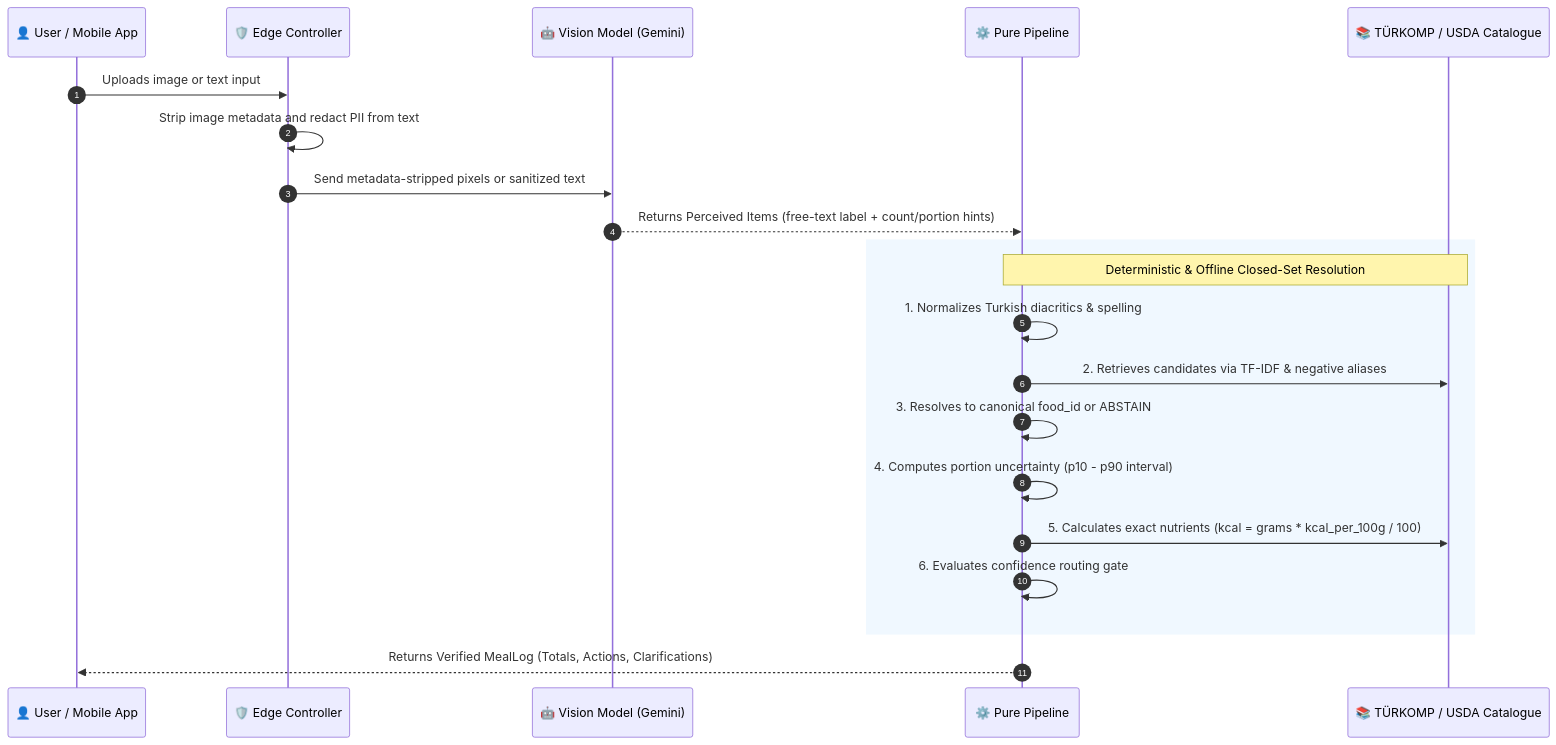
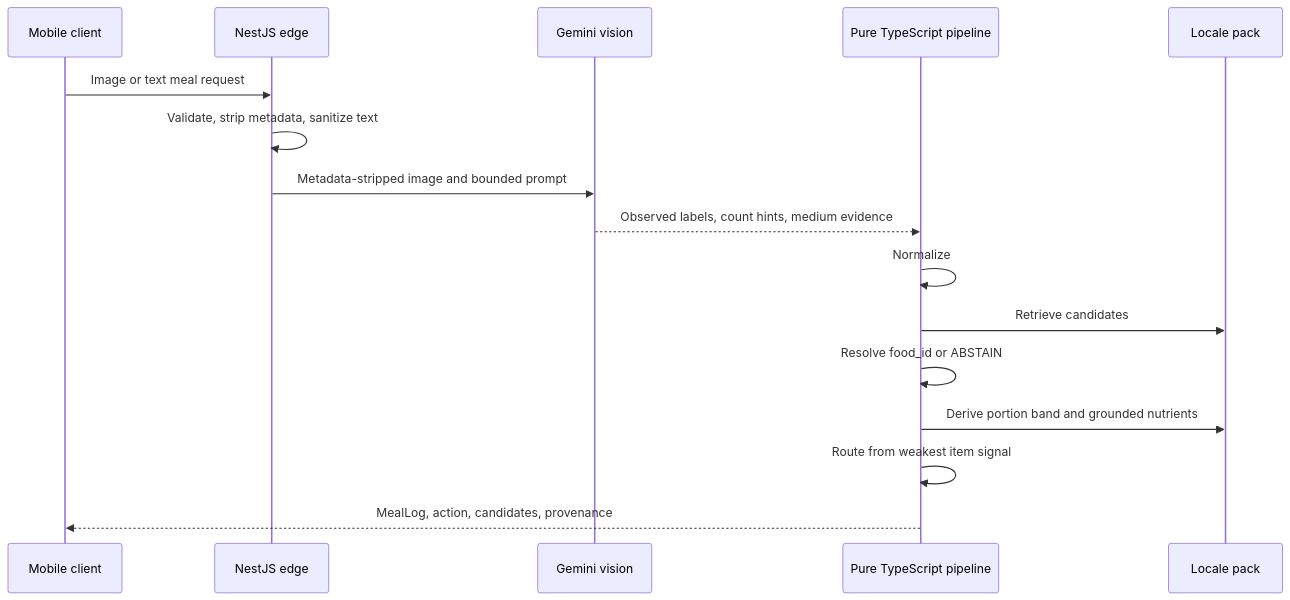
Before and after one commit to zexy2/mealog-case-study: the second of 3 diagrams in docs/architecture.md, drawn with Mermaid. The commit also changed other lines of this file and 6 other files, not shown here.

````diff
--- a/docs/architecture.md
+++ b/docs/architecture.md
@@ -66,26 +58,19 @@
 ```mermaid
 sequenceDiagram
-    autonumber
-    participant User as 👤 User / Mobile App
-    participant Edge as 🛡️ Edge Controller
-    participant LLM as 🤖 Vision Model (Gemini)
-    participant Pipe as ⚙️ Pure Pipeline
-    participant Cat as 📚 TÜRKOMP / USDA Catalogue
+    participant User as Mobile client
+    participant Edge as NestJS edge
+    participant VLM as Gemini vision
+    participant Pipe as Pure TypeScript pipeline
+    participant Pack as Locale pack
 
-    User->>Edge: Uploads image or text input
-    Edge->>Edge: Strip image metadata and redact PII from text
-    Edge->>LLM: Send metadata-stripped pixels or sanitized text
-    LLM-->>Pipe: Returns Perceived Items (free-text label + count/portion hints)
-    
-    rect rgb(240, 248, 255)
-        Note over Pipe,Cat: Deterministic & Offline Closed-Set Resolution
-        Pipe->>Pipe: 1. Normalizes Turkish diacritics & spelling
-        Pipe->>Cat: 2. Retrieves candidates via TF-IDF & negative aliases
-        Pipe->>Pipe: 3. Resolves to canonical food_id or ABSTAIN
-        Pipe->>Pipe: 4. Computes portion uncertainty (p10 - p90 interval)
-        Pipe->>Cat: 5. Calculates exact nutrients (kcal = grams * kcal_per_100g / 100)
-        Pipe->>Pipe: 6. Evaluates confidence routing gate
-    end
-
-    Pipe-->>User: Returns Verified MealLog (Totals, Actions, Clarifications)
+    User->>Edge: Image or text meal request
+    Edge->>Edge: Validate, strip metadata, sanitize text
+    Edge->>VLM: Metadata-stripped image and bounded prompt
+    VLM-->>Pipe: Observed labels, count hints, medium evidence
+    Pipe->>Pipe: Normalize
+    Pipe->>Pack: Retrieve candidates
+    Pipe->>Pipe: Resolve food_id or ABSTAIN
+    Pipe->>Pack: Derive portion band and grounded nutrients
+    Pipe->>Pipe: Route from weakest item signal
+    Pipe-->>User: MealLog, action, candidates, provenance
 ```
````
